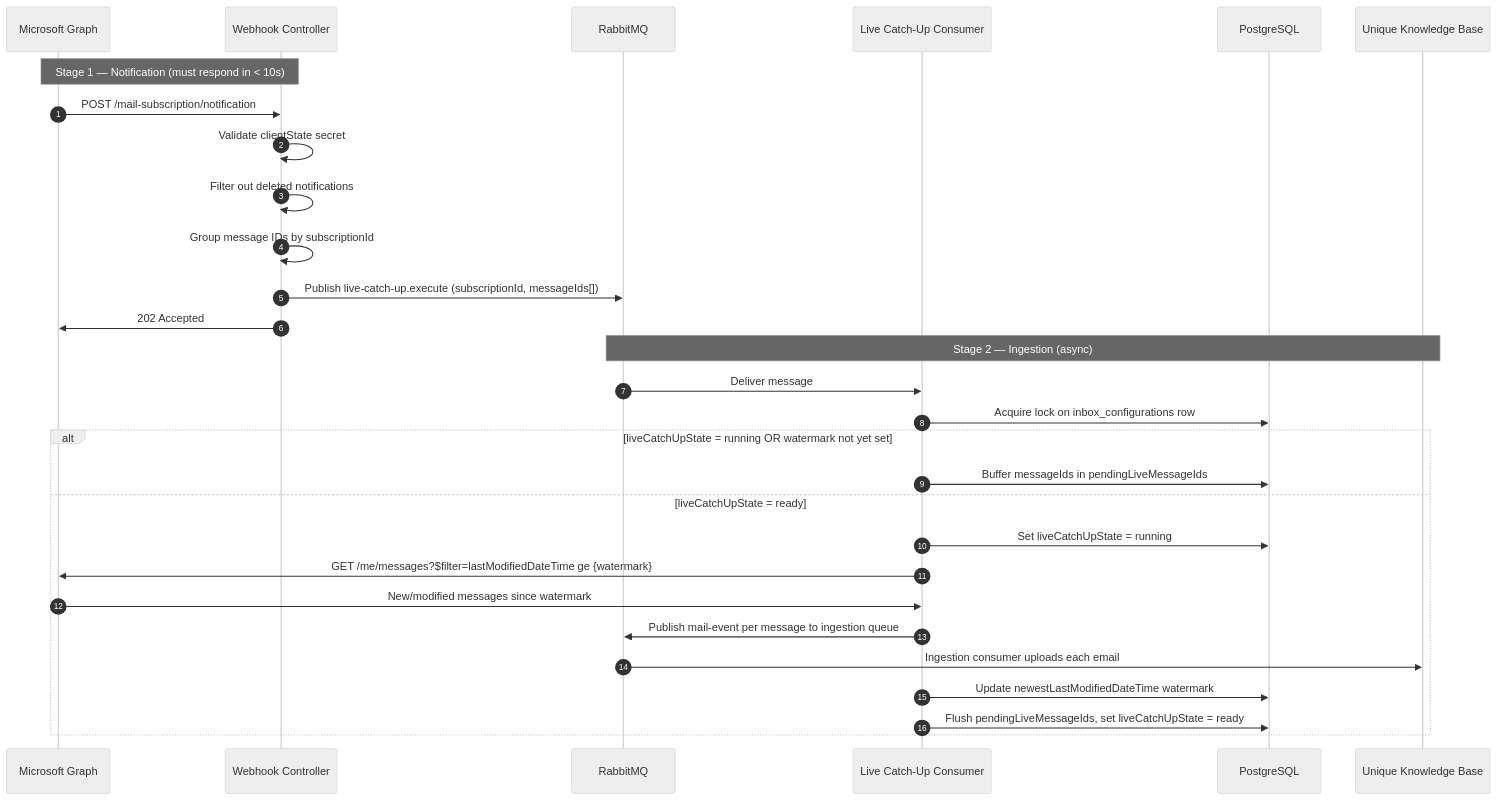
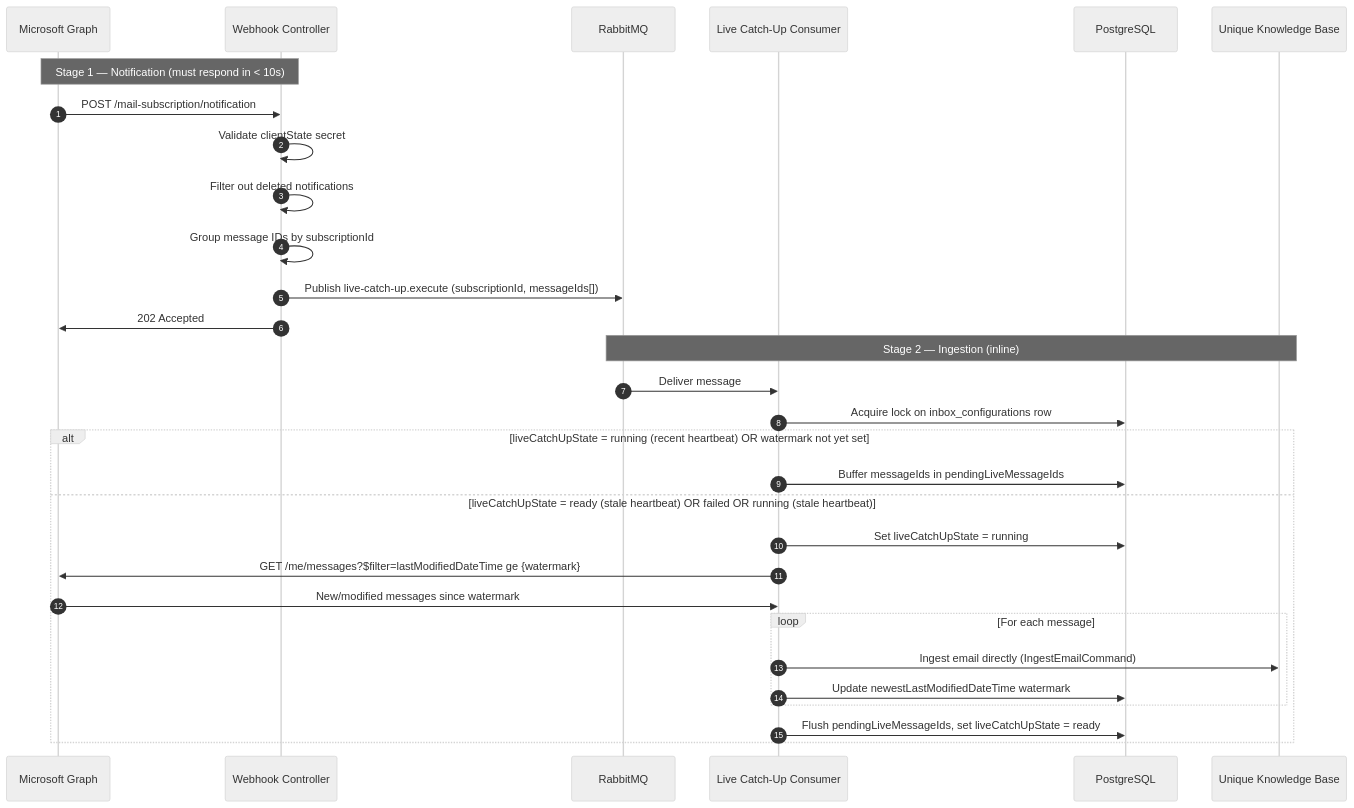
One commit to Unique-AG/connectors changed the diagram in services/outlook-semantic-mcp/docs/technical/live-catchup.md. Above: the diagram before and after it, drawn with Mermaid. The commit also changed other lines of this file and 12 other files, not shown here.

First line of the commit message:
feat(outlook-semantic-mcp): remove mail-event queue, rewrite tests, update docs

````diff
--- a/services/outlook-semantic-mcp/docs/technical/live-catchup.md
+++ b/services/outlook-semantic-mcp/docs/technical/live-catchup.md
@@ -14,35 +14,36 @@
 ```mermaid
 %%{init: {'theme': 'neutral', 'themeVariables': { 'fontSize': '14px' }}}%%
 sequenceDiagram
     autonumber
     participant MSGraph as Microsoft Graph
     participant Controller as Webhook Controller
     participant AMQP as RabbitMQ
     participant Consumer as Live Catch-Up Consumer
     participant DB as PostgreSQL
     participant UniqueKB as Unique Knowledge Base
 
     Note over MSGraph,Controller: Stage 1 — Notification (must respond in < 10s)
     MSGraph->>Controller: POST /mail-subscription/notification
     Controller->>Controller: Validate clientState secret
     Controller->>Controller: Filter out deleted notifications
     Controller->>Controller: Group message IDs by subscriptionId
     Controller->>AMQP: Publish live-catch-up.execute (subscriptionId, messageIds[])
     Controller->>MSGraph: 202 Accepted
 
-    Note over AMQP,UniqueKB: Stage 2 — Ingestion (async)
+    Note over AMQP,UniqueKB: Stage 2 — Ingestion (inline)
     AMQP->>Consumer: Deliver message
     Consumer->>DB: Acquire lock on inbox_configurations row
 
-    alt liveCatchUpState = running OR watermark not yet set
+    alt liveCatchUpState = running (recent heartbeat) OR watermark not yet set
         Consumer->>DB: Buffer messageIds in pendingLiveMessageIds
-    else liveCatchUpState = ready
+    else liveCatchUpState = ready (stale heartbeat) OR failed OR running (stale heartbeat)
         Consumer->>DB: Set liveCatchUpState = running
         Consumer->>MSGraph: GET /me/messages?$filter=lastModifiedDateTime ge {watermark}
         MSGraph->>Consumer: New/modified messages since watermark
-        Consumer->>AMQP: Publish mail-event per message to ingestion queue
-        AMQP->>UniqueKB: Ingestion consumer uploads each email
-        Consumer->>DB: Update newestLastModifiedDateTime watermark
+        loop For each message
+            Consumer->>UniqueKB: Ingest email directly (IngestEmailCommand)
+            Consumer->>DB: Update newestLastModifiedDateTime watermark
+        end
         Consumer->>DB: Flush pendingLiveMessageIds, set liveCatchUpState = ready
     end
 ```
````
